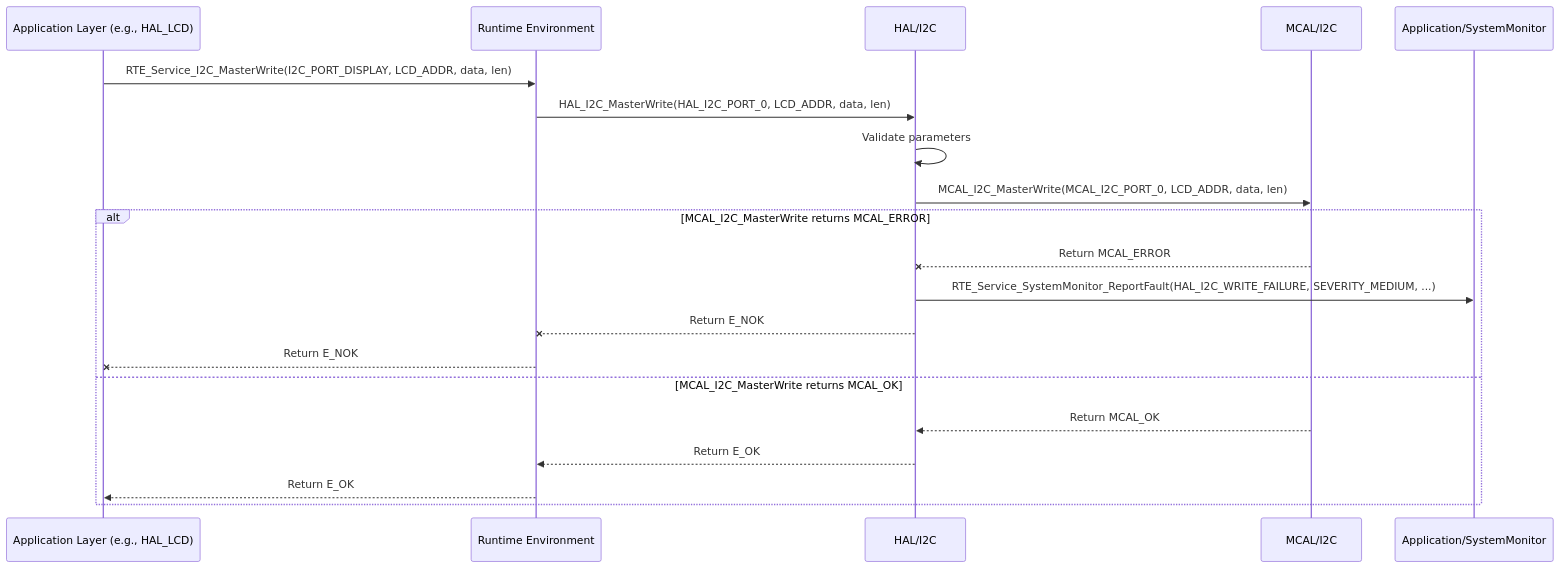
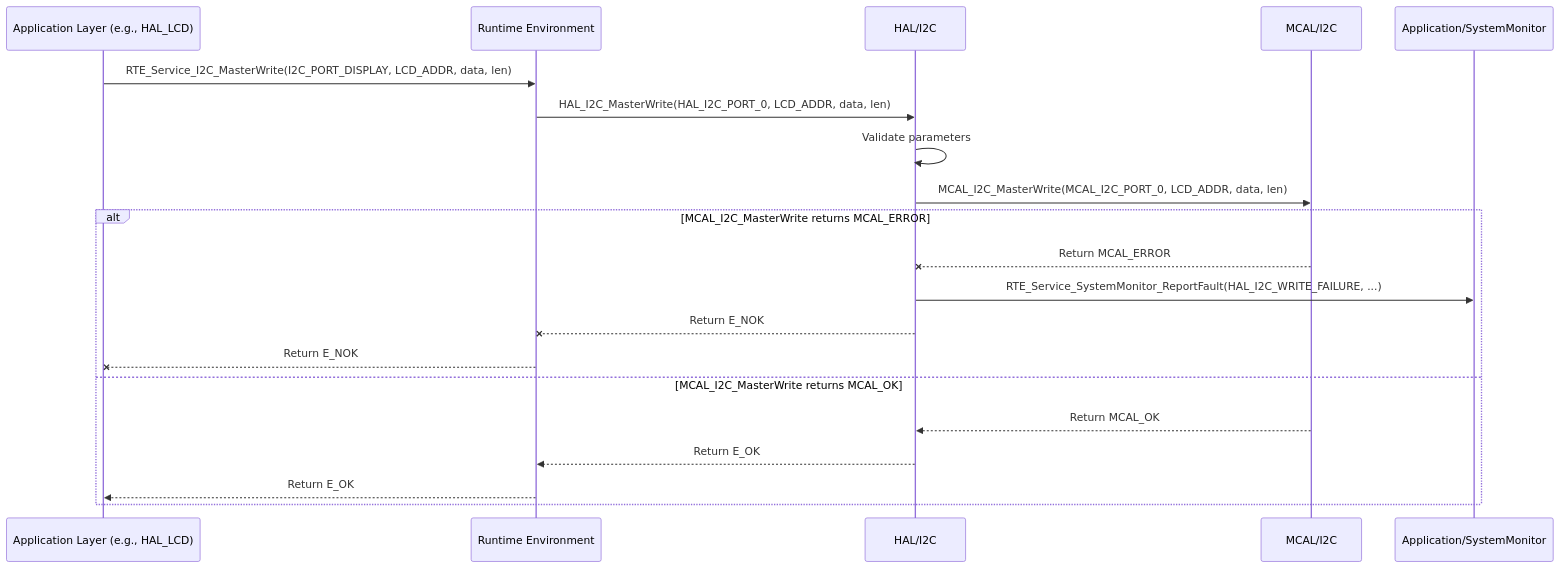
Before and after one commit to ashaker-2/Platform: the diagram in Requiremets/Design/HAL/HAL_I2C.md, drawn with Mermaid. The commit also changed other lines of this file and 79 other files, not shown here.

````diff
--- a/Requiremets/Design/HAL/HAL_I2C.md
+++ b/Requiremets/Design/HAL/HAL_I2C.md
@@ -165,23 +168,23 @@
 ```mermaid
 sequenceDiagram  
     participant App as Application Layer (e.g., HAL_LCD)  
     participant RTE as Runtime Environment  
     participant HAL_I2C as HAL/I2C  
     participant MCAL_I2C as MCAL/I2C  
     participant SystemMonitor as Application/SystemMonitor
 
     App->>RTE: RTE_Service_I2C_MasterWrite(I2C_PORT_DISPLAY, LCD_ADDR, data, len)  
     RTE->>HAL_I2C: HAL_I2C_MasterWrite(HAL_I2C_PORT_0, LCD_ADDR, data, len)  
     HAL_I2C->>HAL_I2C: Validate parameters  
     HAL_I2C->>MCAL_I2C: MCAL_I2C_MasterWrite(MCAL_I2C_PORT_0, LCD_ADDR, data, len)  
     alt MCAL_I2C_MasterWrite returns MCAL_ERROR  
         MCAL_I2C--xHAL_I2C: Return MCAL_ERROR  
-        HAL_I2C->>SystemMonitor: RTE_Service_SystemMonitor_ReportFault(HAL_I2C_WRITE_FAILURE, SEVERITY_MEDIUM, ...)  
+        HAL_I2C->>SystemMonitor: RTE_Service_SystemMonitor_ReportFault(HAL_I2C_WRITE_FAILURE,  ...)  
         HAL_I2C--xRTE: Return E_NOK  
         RTE--xApp: Return E_NOK  
     else MCAL_I2C_MasterWrite returns MCAL_OK  
         MCAL_I2C-->>HAL_I2C: Return MCAL_OK  
         HAL_I2C-->>RTE: Return E_OK  
         RTE-->>App: Return E_OK  
     end
 ```
````
